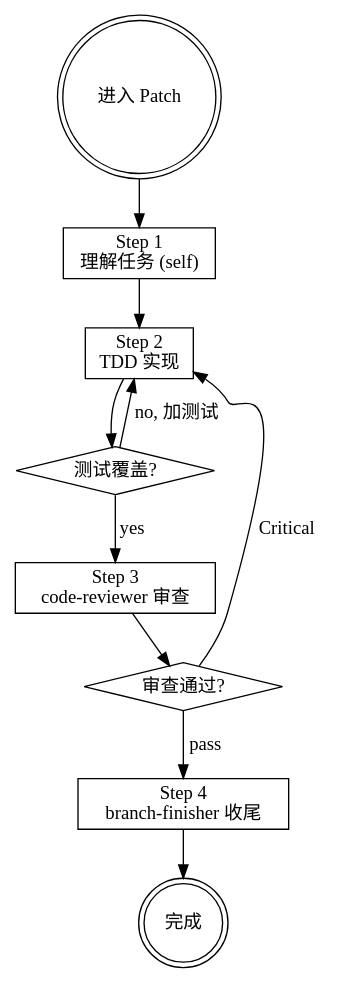
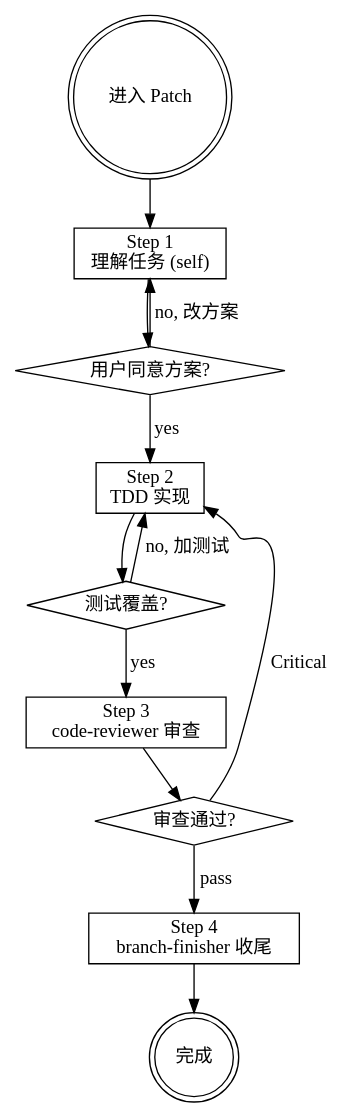
The diagram in agents/Patch.md (hsiang-lee/my_opencode), drawn with Graphviz before and after one commit. The commit also changed other lines of this file and 48 other files, not shown here.

````diff
--- a/agents/Patch.md
+++ b/agents/Patch.md
@@ -49,24 +47,27 @@
 ```dot
 digraph patch_flow {
     rankdir=TB;
     start [label="进入 Patch", shape=doublecircle];
     step1 [label="Step 1\n理解任务 (self)", shape=box];
     step2 [label="Step 2\nTDD 实现", shape=box];
     step3 [label="Step 3\ncode-reviewer 审查", shape=box];
     step4 [label="Step 4\nbranch-finisher 收尾", shape=box];
 
+    gate15 [label="用户同意方案?", shape=diamond];
     gate2 [label="测试覆盖?", shape=diamond];
     gate3 [label="审查通过?", shape=diamond];
     done [label="完成", shape=doublecircle];
 
     start -> step1;
-    step1 -> step2;
+    step1 -> gate15;
+    gate15 -> step1 [label="no, 改方案"];
+    gate15 -> step2 [label="yes"];
     step2 -> gate2;
     gate2 -> step3 [label="yes"];
     gate2 -> step2 [label="no, 加测试"];
     step3 -> gate3;
     gate3 -> step2 [label="Critical"];
     gate3 -> step4 [label="pass"];
     step4 -> done;
 }
 ```
````
